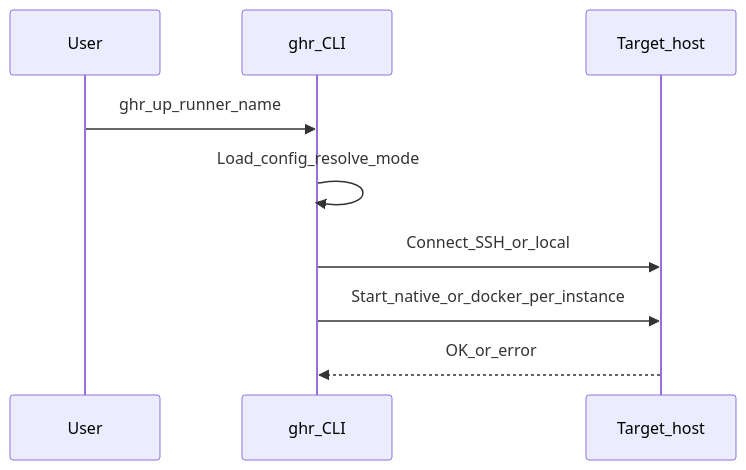
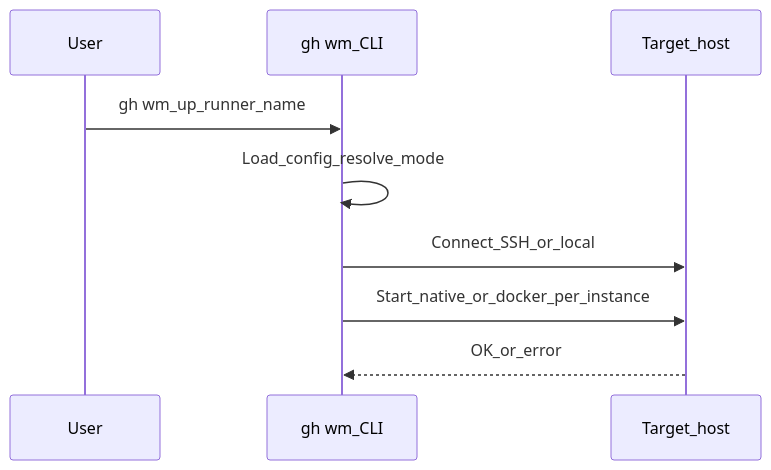
One commit to baizhiheizi/gh-sr changed the third of 5 diagrams in docs/content/architecture.md. Above: the diagram before and after it, drawn with Mermaid. The commit also changed other lines of this file and 54 other files, not shown here.

First line of the commit message:
feat: rebrand ghr to gh-wm GitHub CLI extension

````diff
--- a/docs/content/architecture.md
+++ b/docs/content/architecture.md
@@ -73,11 +73,11 @@
 ```mermaid
 sequenceDiagram
   participant User
-  participant Ghr as ghr_CLI
+  participant Ghr as gh wm_CLI
   participant Host as Target_host
-  User->>Ghr: ghr_up_runner_name
+  User->>Ghr: gh wm_up_runner_name
   Ghr->>Ghr: Load_config_resolve_mode
   Ghr->>Host: Connect_SSH_or_local
   Ghr->>Host: Start_native_or_docker_per_instance
   Host-->>Ghr: OK_or_error
 ```
````
